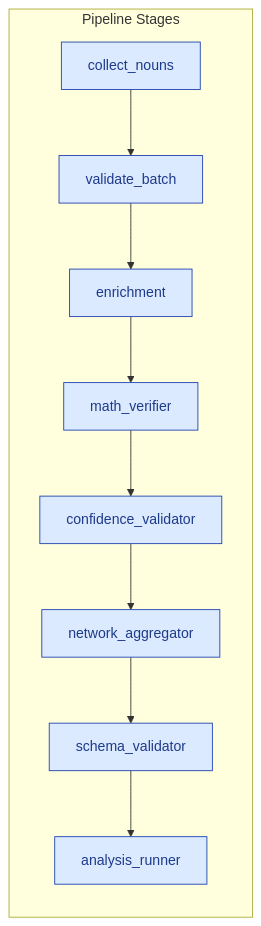
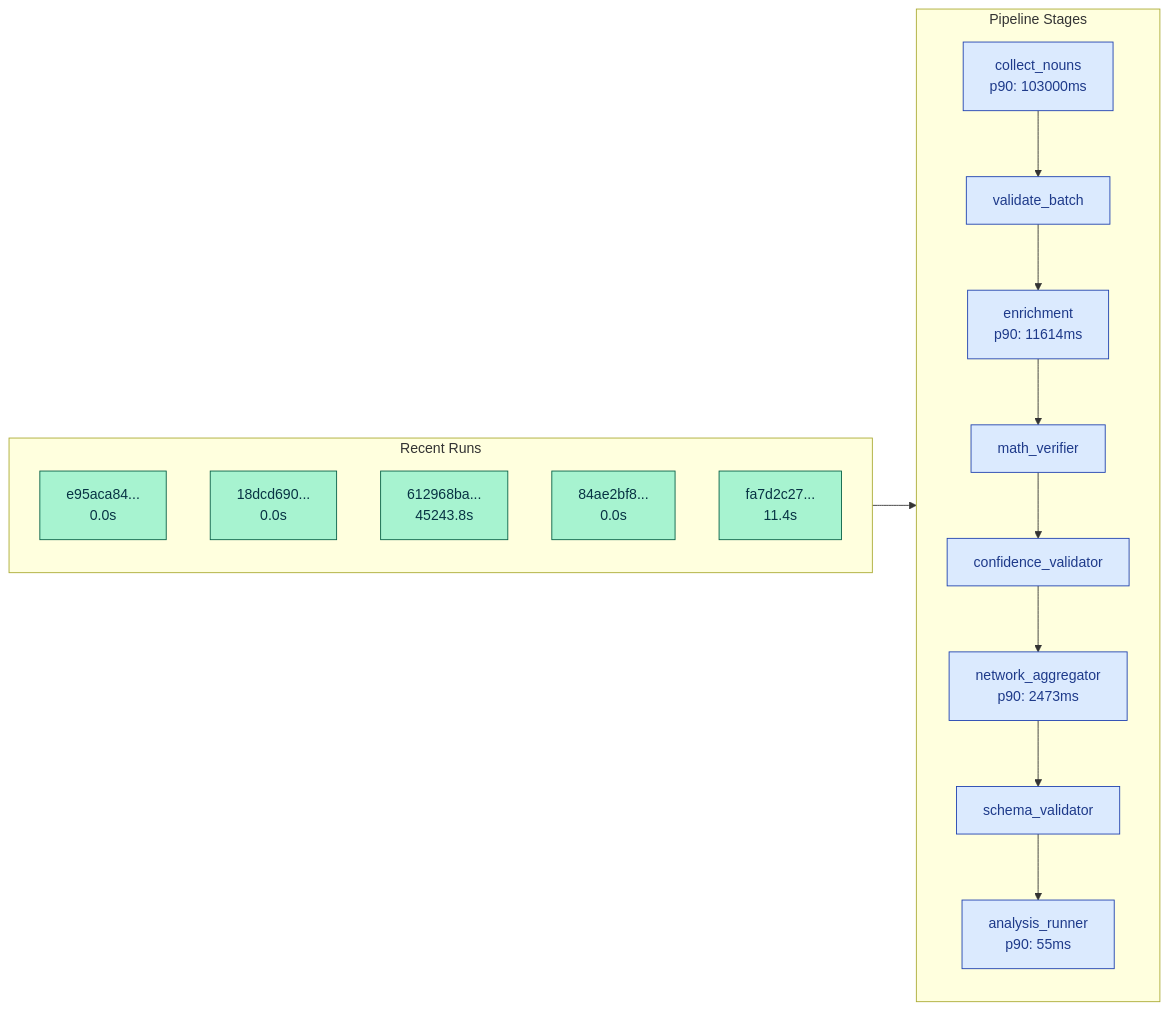
Before and after one commit to iog-creator/Gemantria: the diagram in docs/atlas/pipeline_flow_historical.mmd, drawn with Mermaid. The commit also changed 43 other files, not shown here.

````diff
--- a/docs/atlas/pipeline_flow_historical.mmd
+++ b/docs/atlas/pipeline_flow_historical.mmd
@@ -1,31 +1,39 @@
 ```mermaid
 flowchart LR
   %% Pipeline Flow - Historical View
   subgraph PIPELINE[Pipeline Stages]
-    COLLECTNOUNS["collect_nouns"]:::blue
+    COLLECTNOUNS["collect_nouns<br/>p90: 103000ms"]:::blue
     click COLLECTNOUNS "/evidence/pipeline_flow_historical.html" "View collect_nouns details"
     COLLECTNOUNS --> VALIDATEBATCH
     VALIDATEBATCH["validate_batch"]:::blue
     click VALIDATEBATCH "/evidence/pipeline_flow_historical.html" "View validate_batch details"
     VALIDATEBATCH --> ENRICHMENT
-    ENRICHMENT["enrichment"]:::blue
+    ENRICHMENT["enrichment<br/>p90: 11614ms"]:::blue
     click ENRICHMENT "/evidence/pipeline_flow_historical.html" "View enrichment details"
     ENRICHMENT --> MATHVERIFIER
     MATHVERIFIER["math_verifier"]:::blue
     click MATHVERIFIER "/evidence/pipeline_flow_historical.html" "View math_verifier details"
     MATHVERIFIER --> CONFIDENCEVALIDATOR
     CONFIDENCEVALIDATOR["confidence_validator"]:::blue
     click CONFIDENCEVALIDATOR "/evidence/pipeline_flow_historical.html" "View confidence_validator details"
     CONFIDENCEVALIDATOR --> NETWORKAGGREGATOR
-    NETWORKAGGREGATOR["network_aggregator"]:::blue
+    NETWORKAGGREGATOR["network_aggregator<br/>p90: 2473ms"]:::blue
     click NETWORKAGGREGATOR "/evidence/pipeline_flow_historical.html" "View network_aggregator details"
     NETWORKAGGREGATOR --> SCHEMAVALIDATOR
     SCHEMAVALIDATOR["schema_validator"]:::blue
     click SCHEMAVALIDATOR "/evidence/pipeline_flow_historical.html" "View schema_validator details"
     SCHEMAVALIDATOR --> ANALYSISRUNNER
-    ANALYSISRUNNER["analysis_runner"]:::blue
+    ANALYSISRUNNER["analysis_runner<br/>p90: 55ms"]:::blue
     click ANALYSISRUNNER "/evidence/pipeline_flow_historical.html" "View analysis_runner details"
   end
+  subgraph RECENT[Recent Runs]
+    R0["e95aca84...<br/>0.0s"]:::green
+    R1["18dcd690...<br/>0.0s"]:::green
+    R2["612968ba...<br/>45243.8s"]:::green
+    R3["84ae2bf8...<br/>0.0s"]:::green
+    R4["fa7d2c27...<br/>11.4s"]:::green
+  end
+  RECENT --> PIPELINE
   classDef blue fill:#dbeafe,stroke:#1e40af,color:#1e3a8a,stroke-width:1px;
   classDef green fill:#a7f3d0,stroke:#065f46,color:#083344,stroke-width:1px;
 ```
````
